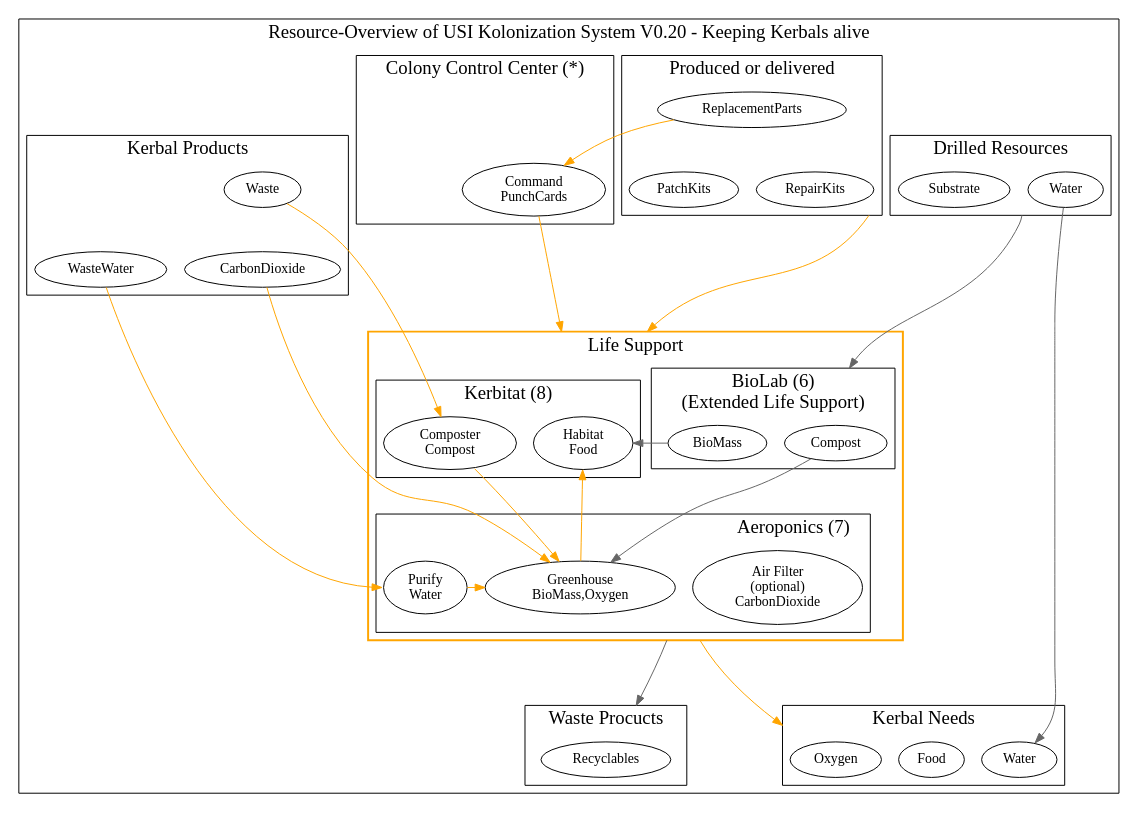
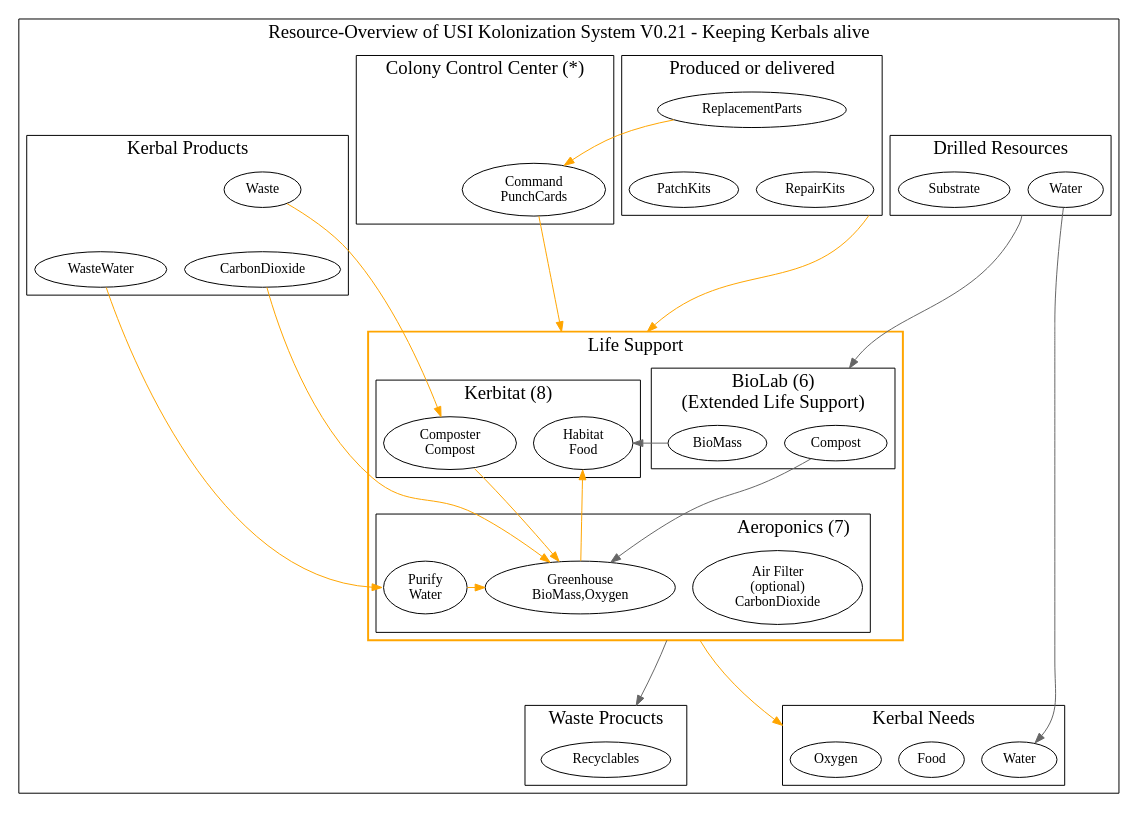
Before and after one commit to mhoram-kerbin/USI-Kolonization-Systems-Resources: the diagram in LifeSupport.dot, drawn with Graphviz. The commit also changed 2 other files, not shown here.

Commit message:
Updated Graphs to 0.21

```diff
--- a/LifeSupport.dot
+++ b/LifeSupport.dot
@@ -1,134 +1,134 @@
 /* -*- coding: utf-8; -*-
 Overview over USI Kolonization System Resources
 Copyright 2014 By Mhoram
 
 This Work may be distributed under the Creative Commons
 Attribution-NonCommercial-ShareAlike 4.0 International License.
 
 */
 
 # dot -Tpdf -o LifeSupport.pdf LifeSupport.dot
 # dot -Tpng -o LifeSupport.png LifeSupport.dot
 
 digraph Resources {
     compound=true;
 
     subgraph clusterLIFE {
-        graph [label="Resource-Overview of USI Kolonization System V0.20 - Keeping Kerbals alive" fontsize=19];
+        graph [label="Resource-Overview of USI Kolonization System V0.21 - Keeping Kerbals alive" fontsize=19];
 
         subgraph clusterDRILLS {
             label="Drilled Resources";
             LSubstrate [label="Substrate"];
             Water;
         }
 
         subgraph clusterProducts {
             label="Produced or delivered";
             PatchKitsL [label="PatchKits"];
             RepairKitsL [label="RepairKits"];
             ReplacementParts;
 
             ReplacementParts -> RepairKitsL [style=invisible,arrowhead=none];
             ReplacementParts -> PatchKitsL [style=invisible,arrowhead=none];
         }
 
         subgraph clusterCCC {
             label="Colony Control Center (*)";
             Command [label="Command\nPunchCards"];
             InvCCC [style=invisible];
             InvCCC -> Command [style=invisible,arrowhead=none];
         }
 
         subgraph clusterKerbal {
             label="Kerbal Products";
             Waste;
             WasteWater;
             CarbonDioxide;
             Waste -> CarbonDioxide [weight=10,style=invisible,arrowhead=none];
             Waste -> WasteWater [style=invisible,arrowhead=none];
         }
 
         subgraph clusterKerbalNeeds {
             label="Kerbal Needs";
             Oxygen;
             Food;
             WaterN [label="Water"];
         }
 
         subgraph clusterLIFESUPPORT {
             label="Life Support";
             color="orange";penwidth=2;
             subgraph  {
                 color="black";penwidth=1;
                 subgraph clusterKerbitat {
                     label="Kerbitat (8)";
                     Composter [label="Composter\nCompost"];
                     Habitat [label="Habitat\nFood"];
                     {
                         rank = same;
                         rankdir=LR;
                         edge [minlen=0];
                         Composter->Habitat [style=invisible,arrowhead=none];
                     }
                 }
 
                 subgraph clusterBIOLAB {
                     label="BioLab (6)\n(Extended Life Support)";
                     BioMass;
                     Compost;
                 }
             }
 
             subgraph clusterAeroponics {
                 label="Aeroponics (7)";
                 labeljust="r";
                 color="black"; penwidth=1;
                 "Air Filter" [label="Air Filter\n(optional)\nCarbonDioxide"];
                 Greenhouse [label="Greenhouse\nBioMass,Oxygen"];
                 Purify [label="Purify\nWater"];
                 edge [color="#666666"];
 
                 Purify -> Greenhouse[constraint = false,color=orange];
             }
 
             edge [minlen=2, color="#666666"];
             Composter -> Greenhouse [tailport=se,color=orange];
             Greenhouse -> Habitat [constraint = false,color=orange];
             BioMass -> Habitat [constraint = false];
             Compost -> Greenhouse;
 
         }
 
         subgraph clusterRecyclablesL {
             label="Waste Procucts";
             RecyclablesL [label="Recyclables"];
             Oxygen;
             Food;
         }
 
 
         edge [minlen=3, color="#666666"];
 
 
         Waste -> Composter [color=orange];
         WasteWater -> Purify [headport=w,color=orange];
         CarbonDioxide -> Greenhouse [color=orange];
 
         RepairKitsL -> Habitat [lhead=clusterLIFESUPPORT,ltail=clusterProducts,tailport=e,color=orange];
         RepairKitsL -> BioMass [lhead=clusterLIFESUPPORT,style=invisible,arrowhead=none];
 
         "Air Filter" -> Oxygen [lhead=clusterKerbalNeeds; ltail=clusterLIFESUPPORT,tailport=w,color=orange];
         Water -> WaterN [headport=ne];
 #        Water -> Compost [lhead=clusterBIOLAB];
         LSubstrate -> Compost [lhead=clusterBIOLAB,ltail=clusterDRILLS,style=invisible,arrowhead=none];
         Water -> Compost [lhead=clusterBIOLAB,ltail=clusterDRILLS, tailport=nw,headport=n];
 
         Command -> Habitat [lhead=clusterLIFESUPPORT, weight=2,color=orange];
 
         Greenhouse -> RecyclablesL [ltail=clusterLIFESUPPORT,lhead=clusterRecyclablesL,tailport=ne];
 
         ReplacementParts -> Command [constraint = false,color=orange];
 
     }
 
 }
```
